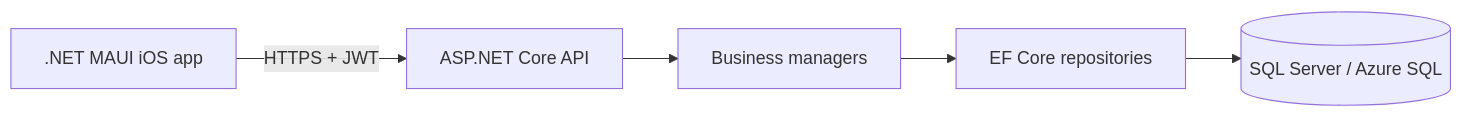
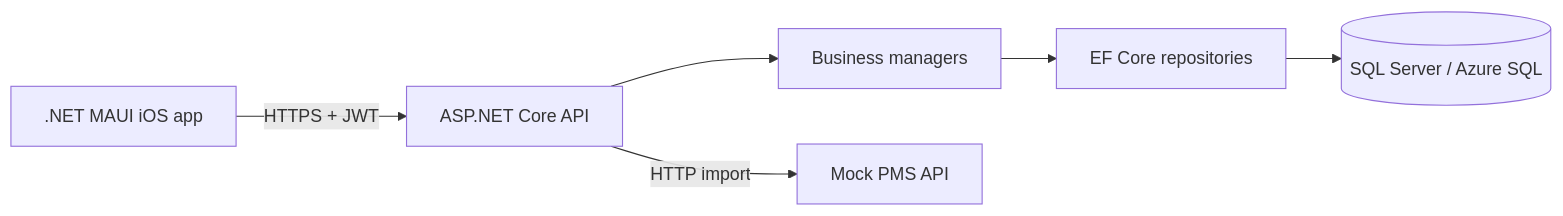
Before and after one commit to ArturDanilov/StayHub: the diagram in README.md, drawn with Mermaid. The commit also changed other lines of this file and 39 other files, not shown here.

````diff
--- a/README.md
+++ b/README.md
@@ -30,13 +32,15 @@
 ```mermaid
 flowchart LR
     Mobile[.NET MAUI iOS app]
     API[ASP.NET Core API]
     Business[Business managers]
     Repositories[EF Core repositories]
     Database[(SQL Server / Azure SQL)]
+    MockPms[Mock PMS API]
 
     Mobile -->|HTTPS + JWT| API
+    API -->|HTTP import| MockPms
     API --> Business
     Business --> Repositories
     Repositories --> Database
 ```
````
